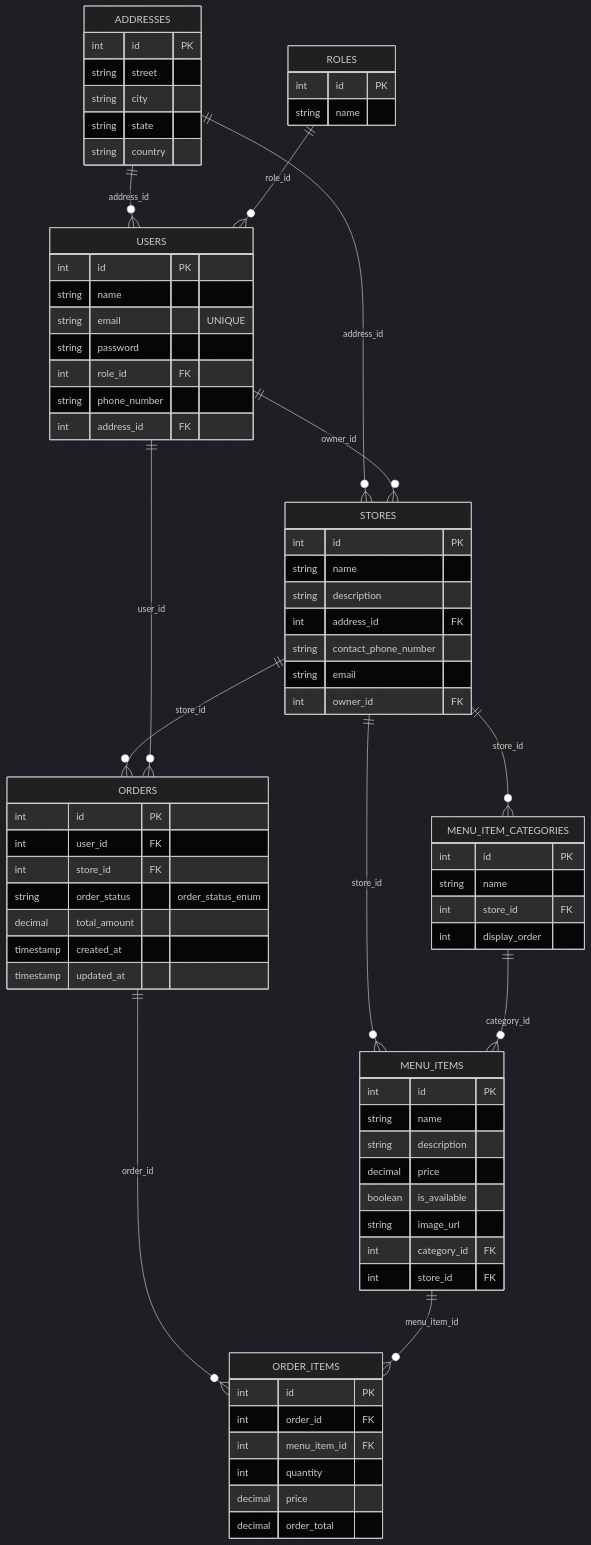
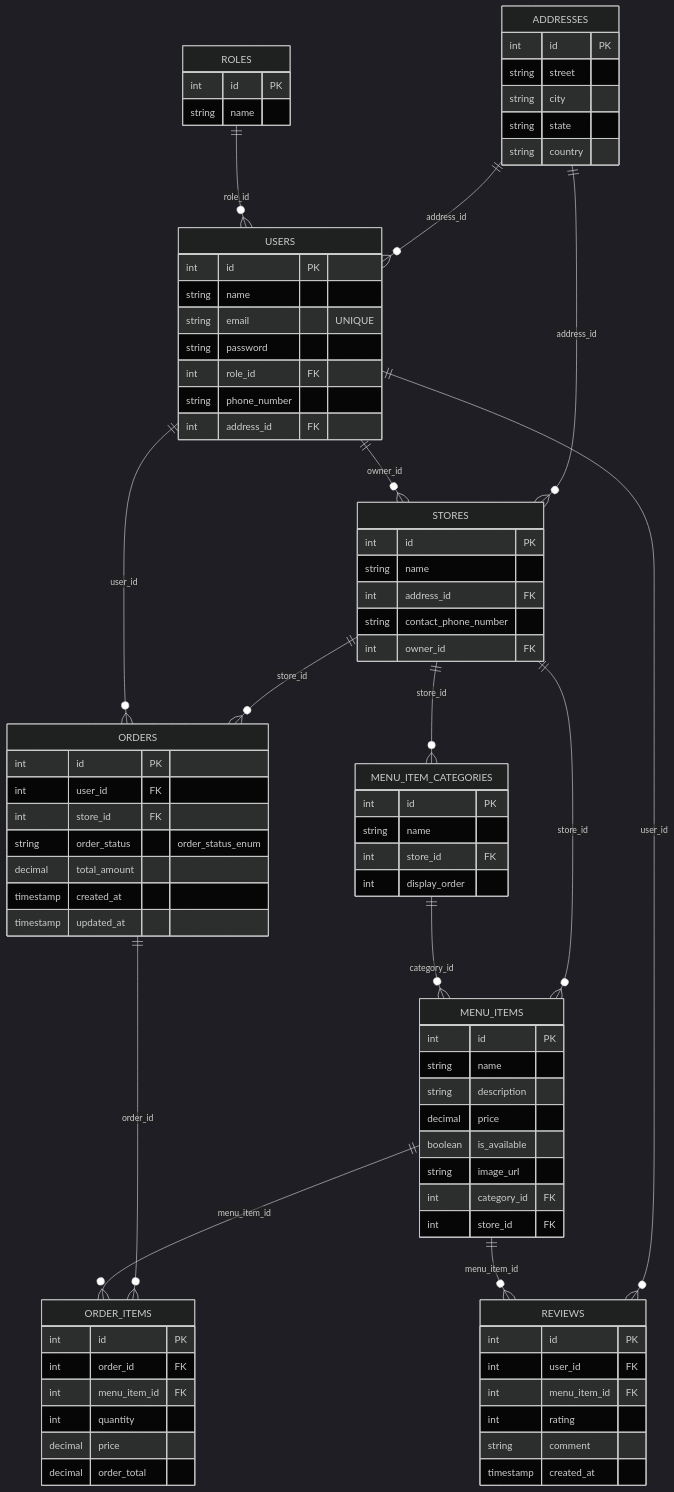
Before and after one commit to Narcis2151/Food-Delivery-AWBD: the diagram in monolith/erd.mermaid, drawn with Mermaid (dark theme). The commit also changed 77 other files, not shown here.

```diff
--- a/monolith/erd.mermaid
+++ b/monolith/erd.mermaid
@@ -1,84 +1,93 @@
 erDiagram
     ADDRESSES {
         int id PK
         string street
         string city
         string state
         string country
     }
 
     ROLES {
         int id PK
         string name
     }
 
     USERS {
         int id PK
         string name
         string email "UNIQUE"
         string password
         int role_id FK
         string phone_number
         int address_id FK
     }
 
     STORES {
         int id PK
         string name
-        string description
         int address_id FK
         string contact_phone_number
-        string email
         int owner_id FK
     }
 
     MENU_ITEM_CATEGORIES {
         int id PK
         string name
         int store_id FK
         int display_order
     }
 
     MENU_ITEMS {
         int id PK
         string name
         string description
         decimal price
         boolean is_available
         string image_url
         int category_id FK
         int store_id FK
     }
 
     ORDERS {
         int id PK
         int user_id FK
         int store_id FK
         string order_status "order_status_enum"
         decimal total_amount
         timestamp created_at
         timestamp updated_at
     }
 
     ORDER_ITEMS {
         int id PK
         int order_id FK
         int menu_item_id FK
         int quantity
         decimal price
         decimal order_total
     }
 
+    REVIEWS {
+        int id PK
+        int user_id FK
+        int menu_item_id FK
+        int rating
+        string comment
+        timestamp created_at
+    }
+
 
 %% Relationships
     ADDRESSES ||--o{ USERS : "address_id"
     ADDRESSES ||--o{ STORES : "address_id"
     STORES ||--o{ MENU_ITEM_CATEGORIES : "store_id"
     STORES ||--o{ ORDERS : "store_id"
     STORES ||--o{ MENU_ITEMS : "store_id"
     USERS ||--o{ ORDERS : "user_id"
     USERS ||--o{ STORES : "owner_id"
     ORDERS ||--o{ ORDER_ITEMS : "order_id"
     MENU_ITEMS ||--o{ ORDER_ITEMS : "menu_item_id"
     MENU_ITEM_CATEGORIES ||--o{ MENU_ITEMS : "category_id"
     ROLES ||--o{ USERS : "role_id"
+    USERS ||--o{ REVIEWS : "user_id"
+    MENU_ITEMS ||--o{ REVIEWS : "menu_item_id"
```
